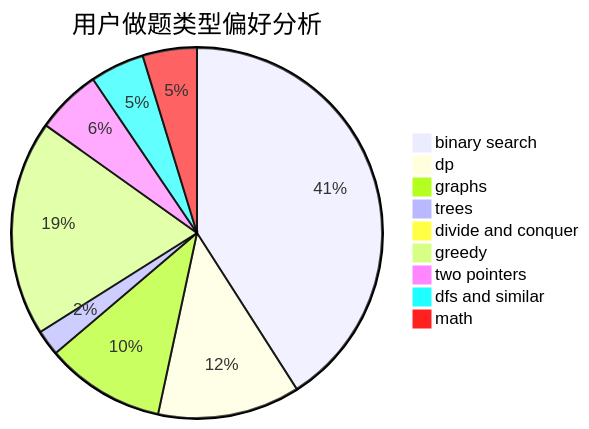
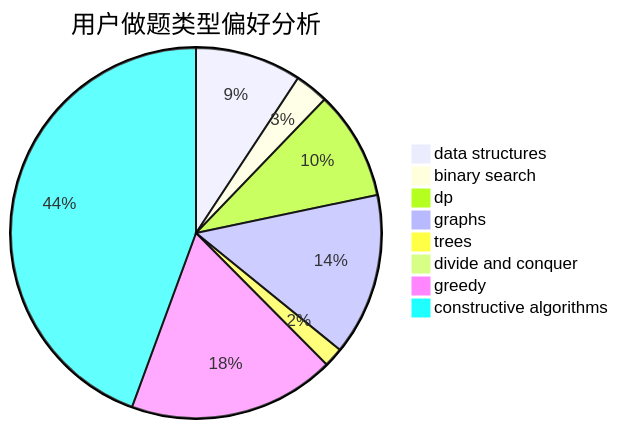
The second of 3 diagrams in docs/user/u1125.md (sherpahu/cfrs.github.io), drawn with Mermaid before and after one commit. The commit also changed other lines of this file and 2775 other files, not shown here.

````diff
--- a/docs/user/u1125.md
+++ b/docs/user/u1125.md
@@ -23,12 +23,11 @@
 ```mermaid
 pie title 用户做题类型偏好分析
-    "binary search" :  346
-    "dp" :  105
-    "graphs" :  88
-    "trees" :  19
+    "data structures" :  38
+    "binary search" :  12
+    "dp" :  39
+    "graphs" :  58
+    "trees" :  7
     "divide and conquer" :  0
-    "greedy" :  159
-    "two pointers" :  48
-    "dfs and similar" :  40
-    "math" :  40
+    "greedy" :  74
+    "constructive algorithms" :  182
 ```
````
